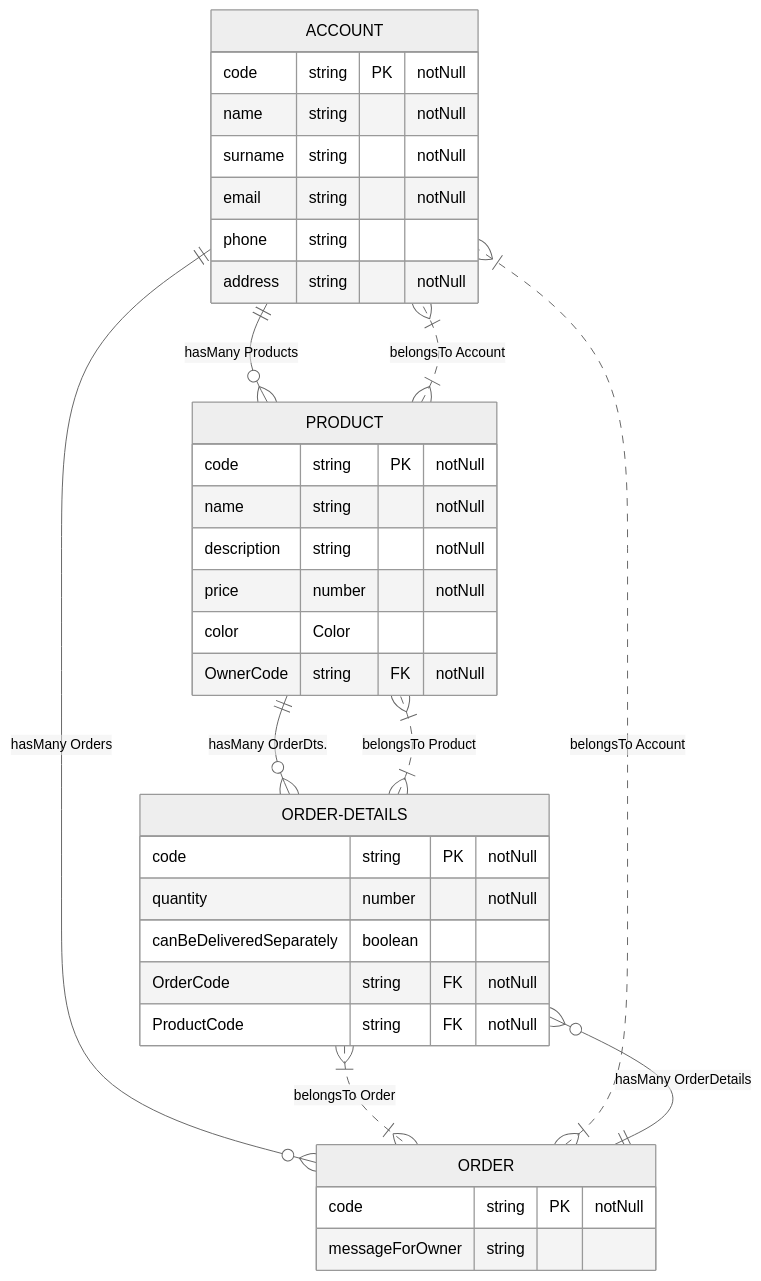
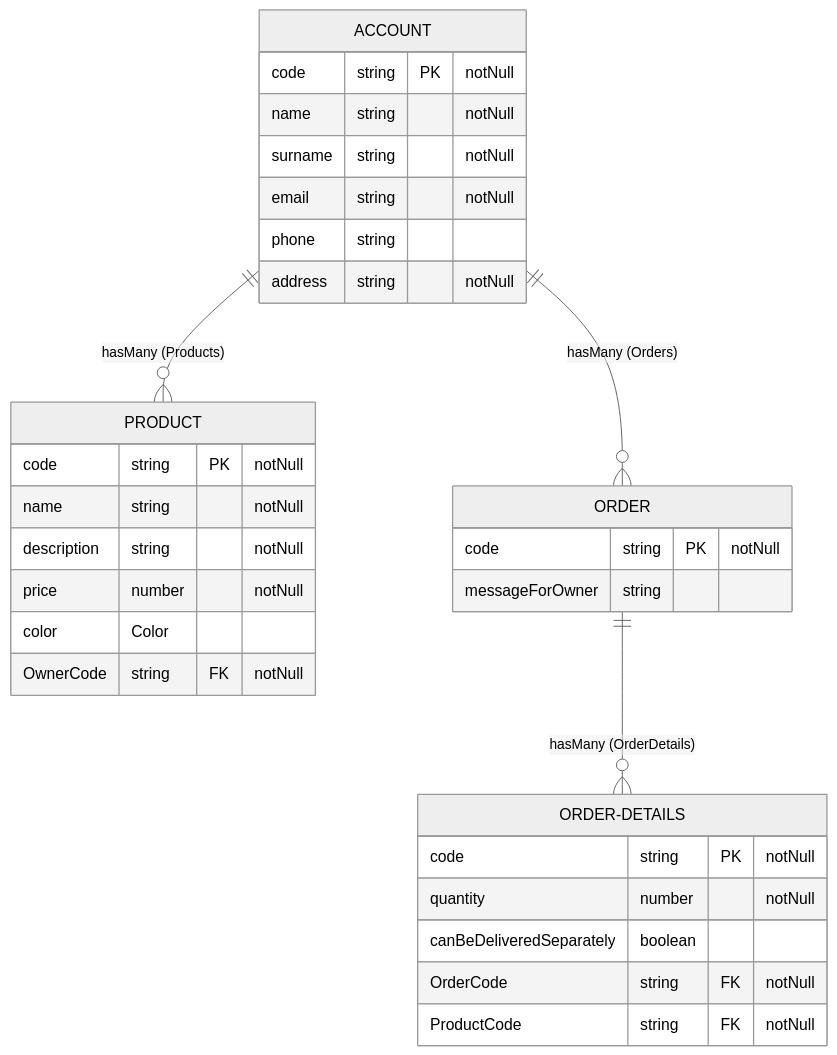
Before and after one commit to cesek-navisys/backend-demo: the diagram in libs/shared/data/entities/README.md, drawn with Mermaid (neutral theme).

Commit message:
fix: better diagram

````diff
--- a/libs/shared/data/entities/README.md
+++ b/libs/shared/data/entities/README.md
@@ -9,38 +9,33 @@
 ```mermaid
 erDiagram
-    ACCOUNT ||--o{ PRODUCT : "hasMany Products"
-    ACCOUNT ||--o{ ORDER : "hasMany Orders"
+    ACCOUNT ||--o{ PRODUCT : "hasMany (Products)"
+    ACCOUNT ||--o{ ORDER : "hasMany (Orders)"
     ACCOUNT {
         code string PK "notNull"
         name string "notNull"
         surname string "notNull"
         email string "notNull"
         phone string
         address string "notNull"
     }
-    PRODUCT }|..|{ ACCOUNT : "belongsTo Account"
-    PRODUCT ||--o{ ORDER-DETAILS : "hasMany OrderDts."
     PRODUCT {
         code string PK "notNull"
         name string "notNull"
         description string "notNull"
         price number "notNull"
         color Color
         OwnerCode string FK "notNull"
     }
-    ORDER }|..|{ ACCOUNT : "belongsTo Account"
-    ORDER ||--o{ ORDER-DETAILS : "hasMany OrderDetails"
+    ORDER ||--o{ ORDER-DETAILS : "hasMany (OrderDetails)"
     ORDER {
         code string PK "notNull"
         messageForOwner string
     }
-    ORDER-DETAILS }|..|{ ORDER : "belongsTo Order"
-    ORDER-DETAILS }|..|{ PRODUCT : "belongsTo Product"
     ORDER-DETAILS {
         code string PK "notNull"
         quantity number "notNull"
         canBeDeliveredSeparately boolean
         OrderCode string FK "notNull"
         ProductCode string FK "notNull"
     }
 ```
````
